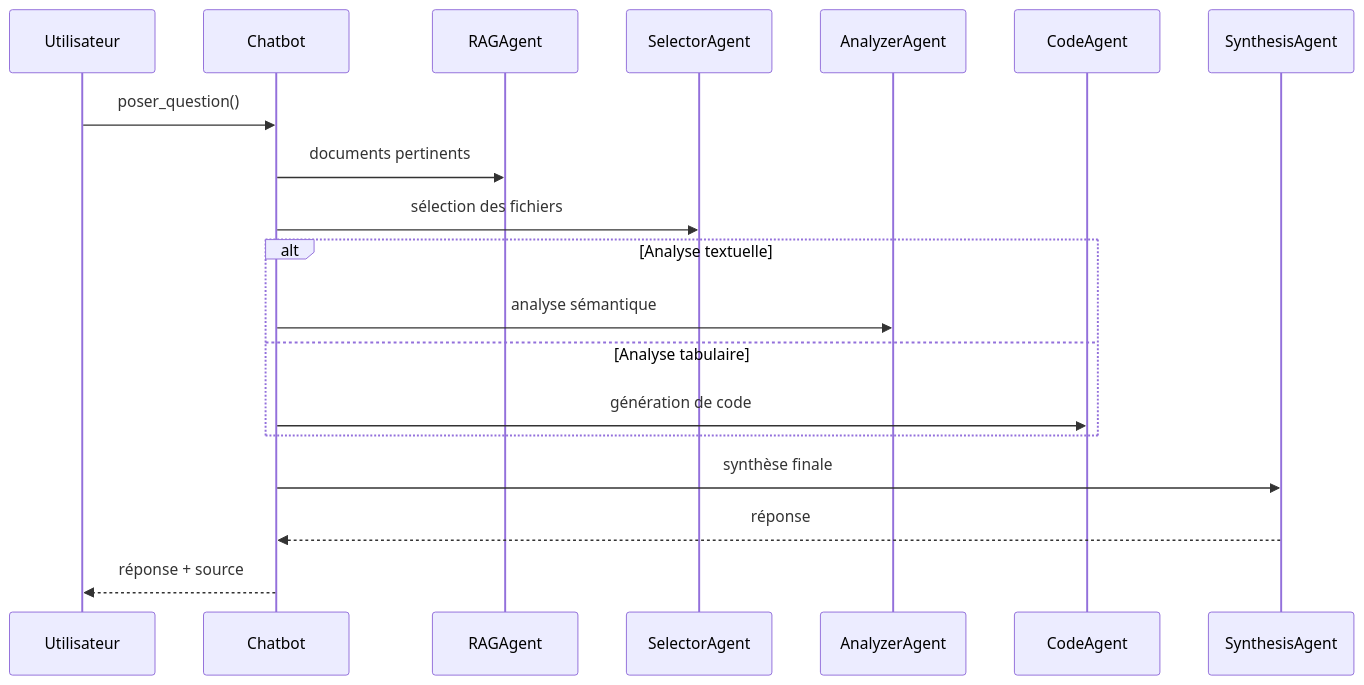
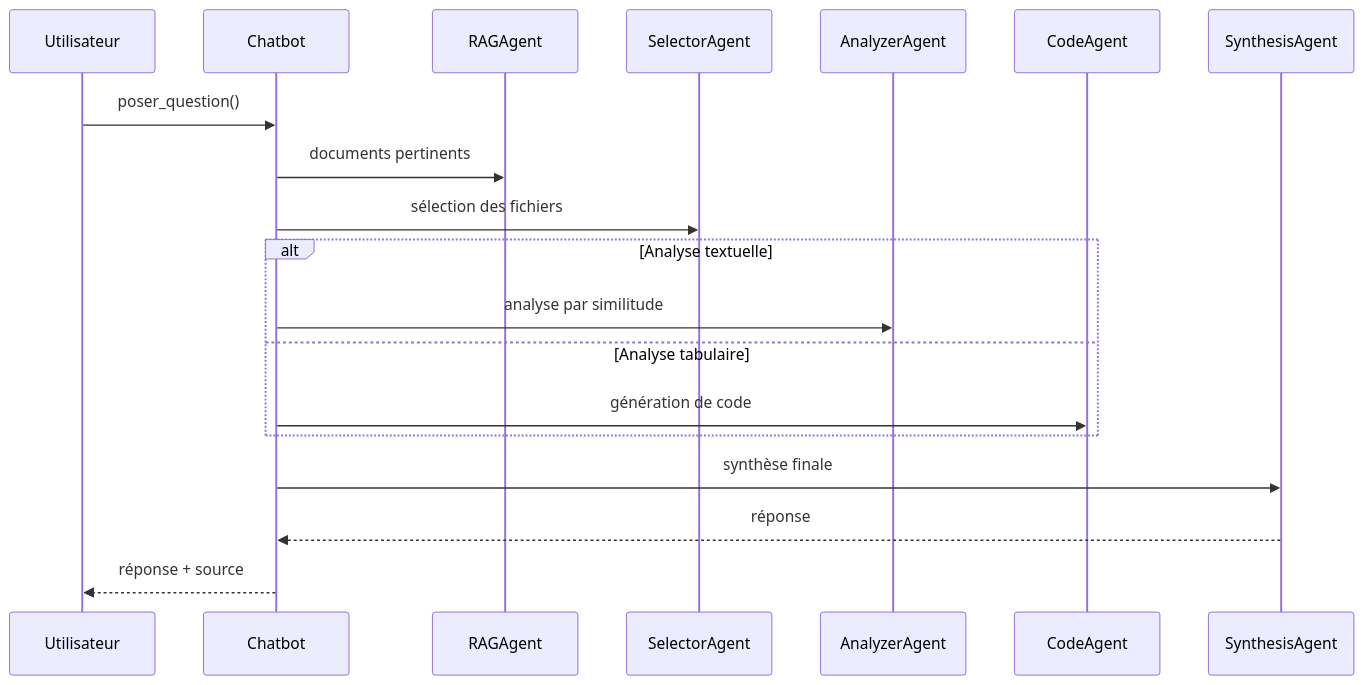
One commit to A2SIA-AA/Chatbot_AMDIE changed the diagram in README.md. Above: the diagram before and after it, drawn with Mermaid.

````diff
--- a/README.md
+++ b/README.md
@@ -16,22 +16,22 @@
 ```mermaid
 sequenceDiagram
   participant U as Utilisateur
   participant CB as Chatbot
   participant RAG as RAGAgent
   participant SEL as SelectorAgent
   participant ANA as AnalyzerAgent
   participant CODE as CodeAgent
   participant SYN as SynthesisAgent
 
   U->>CB: poser_question()
   CB->>RAG: documents pertinents
   CB->>SEL: sélection des fichiers
   alt Analyse textuelle
-    CB->>ANA: analyse sémantique
+    CB->>ANA: analyse par similitude
   else Analyse tabulaire
     CB->>CODE: génération de code
   end
   CB->>SYN: synthèse finale
   SYN-->>CB: réponse
   CB-->>U: réponse + source
 ```
````
